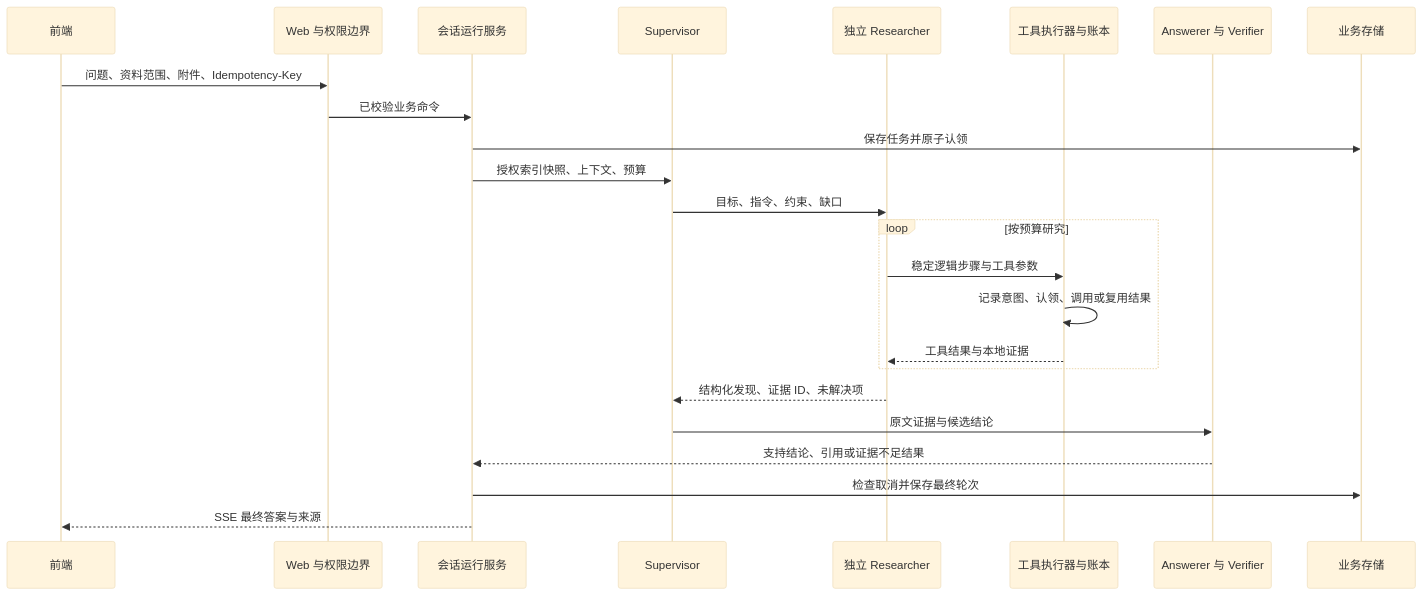
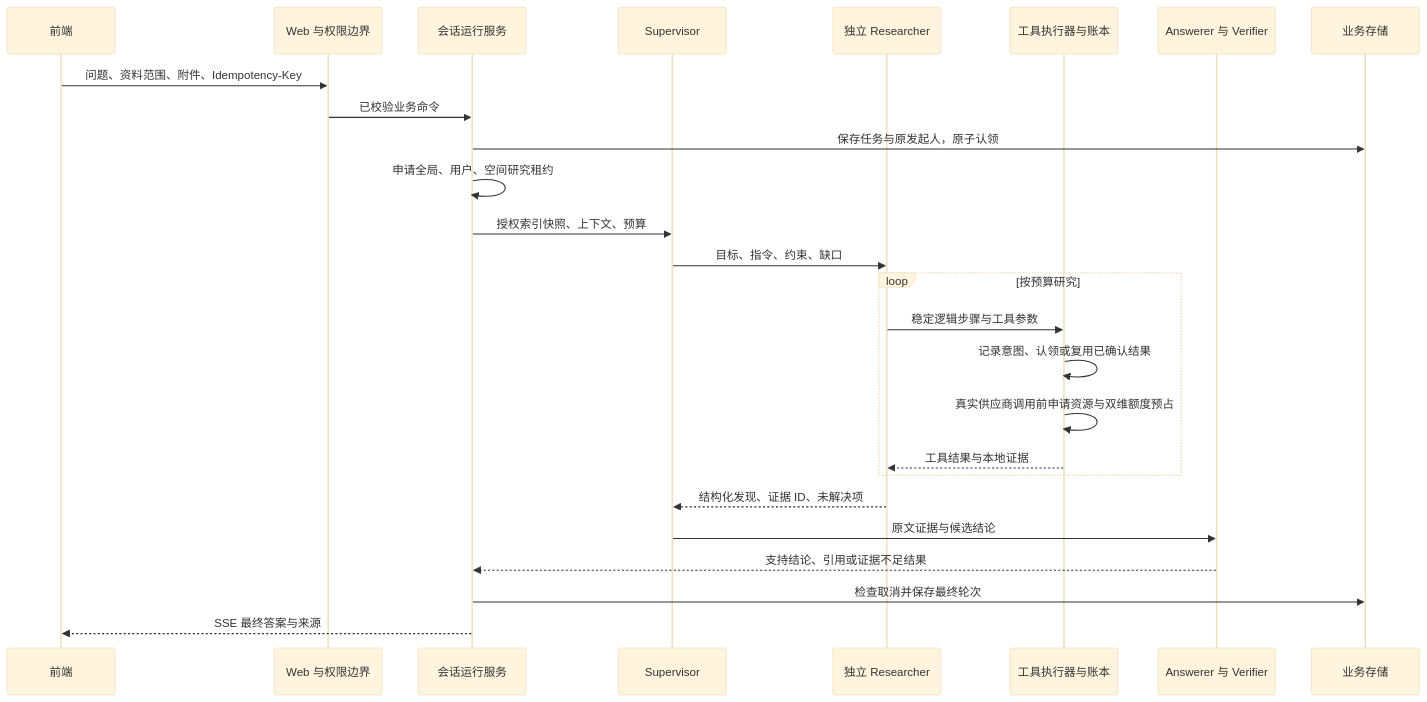
The second of 4 diagrams in docs/INTERVIEW_TECHNICAL_REPORT_20261019.md (zyiguo/deepsearch-paper-agent), drawn with Mermaid (base theme) before and after one commit. The commit also changed other lines of this file and 67 other files, not shown here.

````diff
--- a/docs/INTERVIEW_TECHNICAL_REPORT_20261019.md
+++ b/docs/INTERVIEW_TECHNICAL_REPORT_20261019.md
@@ -149,26 +159,28 @@
 ```mermaid
 sequenceDiagram
     participant U as 前端
     participant W as Web 与权限边界
     participant A as 会话运行服务
     participant P as Supervisor
     participant C as 独立 Researcher
     participant T as 工具执行器与账本
     participant V as Answerer 与 Verifier
     participant S as 业务存储
     U->>W: 问题、资料范围、附件、Idempotency-Key
     W->>A: 已校验业务命令
-    A->>S: 保存任务并原子认领
+    A->>S: 保存任务与原发起人，原子认领
+    A->>A: 申请全局、用户、空间研究租约
     A->>P: 授权索引快照、上下文、预算
     P->>C: 目标、指令、约束、缺口
     loop 按预算研究
         C->>T: 稳定逻辑步骤与工具参数
-        T->>T: 记录意图、认领、调用或复用结果
+        T->>T: 记录意图、认领或复用已确认结果
+        T->>T: 真实供应商调用前申请资源与双维额度预占
         T-->>C: 工具结果与本地证据
     end
     C-->>P: 结构化发现、证据 ID、未解决项
     P->>V: 原文证据与候选结论
     V-->>A: 支持结论、引用或证据不足结果
     A->>S: 检查取消并保存最终轮次
     A-->>U: SSE 最终答案与来源
 ```
````
